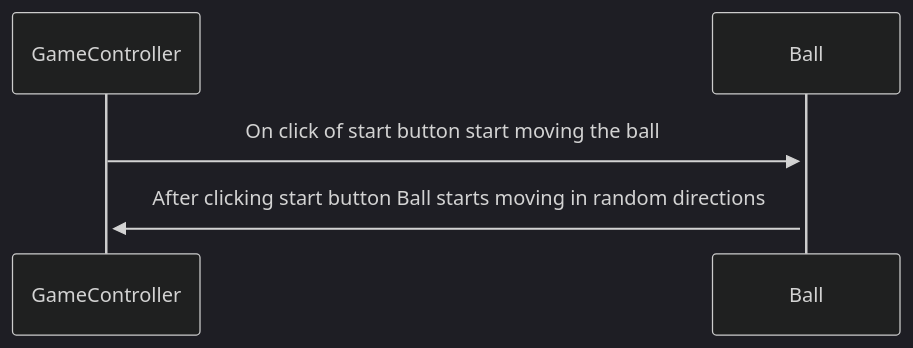
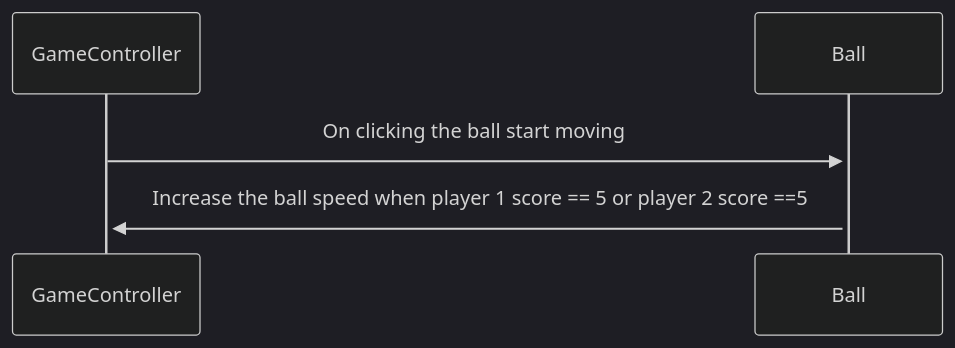
The first of 3 diagrams in Stage0/sequence-start.md (Engin-Boot/pong-stage-anjalimnnit), drawn with Mermaid (dark theme) before and after one commit. The commit also changed other lines of this file, not shown here.

````diff
--- a/Stage0/sequence-start.md
+++ b/Stage0/sequence-start.md
@@ -5,6 +5,5 @@
 ```mermaid
 sequenceDiagram
-GameController->>+Ball: On click of start button start moving the ball
- Ball->>+GameController: After clicking start button Ball starts moving in random directions
-
+GameController->>+Ball: On clicking the ball start moving
+Ball->>+GameController: Increase the ball speed when player 1 score == 5 or player 2 score ==5
 ```
````
